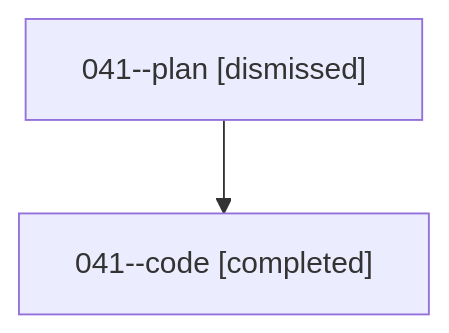
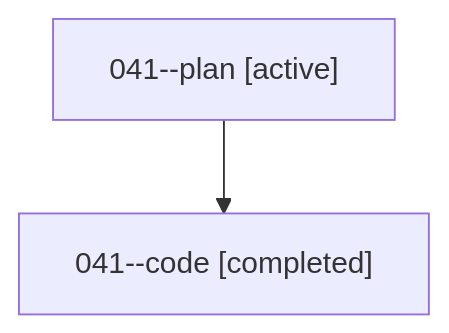
One commit to bobs-org/bob-cli--agents changed the diagram in families/bbugyi200.athena.041.md. Above: the diagram before and after it, drawn with Mermaid. The commit also changed other lines of this file and 1279 other files, not shown here.

````diff
--- a/families/bbugyi200.athena.041.md
+++ b/families/bbugyi200.athena.041.md
@@ -9,6 +9,6 @@
 ```mermaid
 flowchart TD
-  n0["041--plan [dismissed]"]
+  n0["041--plan [active]"]
   n1["041--code [completed]"]
   n0 --> n1
 ```
````
